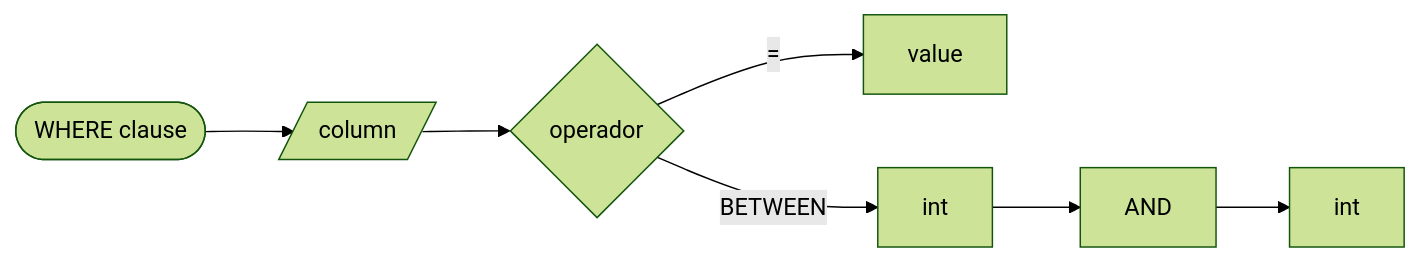
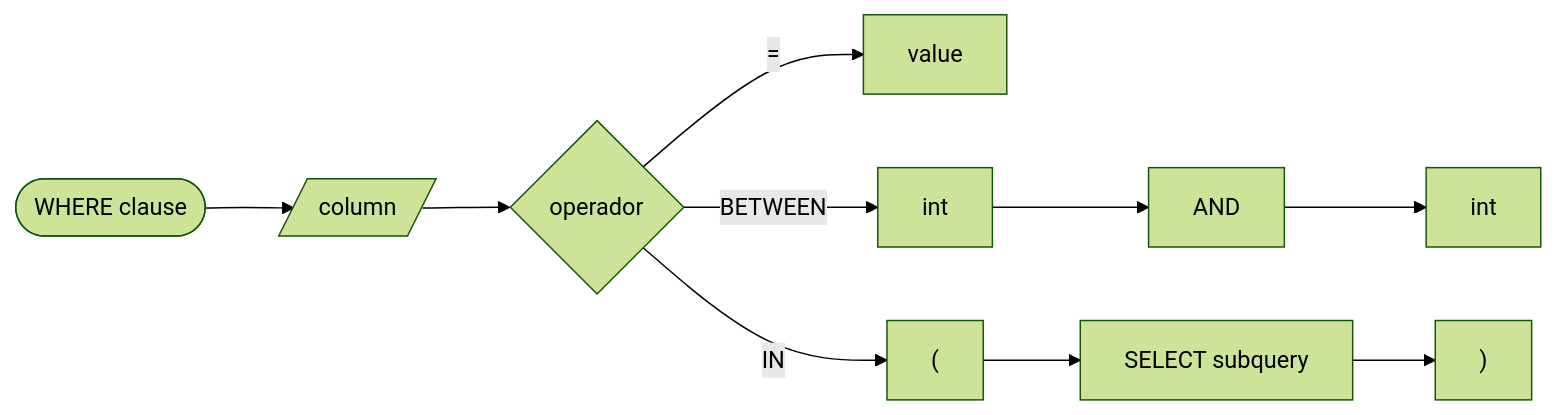
One commit to vladimiracunadev-create/gabysql changed diagram 13 of 18 in docs/SQL_REFERENCE.md. Above: the diagram before and after it, drawn with Mermaid (forest theme). The commit also changed other lines of this file and 10 other files, not shown here.

````diff
--- a/docs/SQL_REFERENCE.md
+++ b/docs/SQL_REFERENCE.md
@@ -496,7 +497,8 @@
 ```mermaid
 flowchart LR
     A([WHERE clause]) --> COL[/column/]
     COL --> EQ{operador}
     EQ -- "=" --> V1[value]
     EQ -- "BETWEEN" --> V2[int] --> AND[AND] --> V3[int]
+    EQ -- "IN" --> LP["("] --> SUB[SELECT subquery] --> RP[")"]
 ```
````
